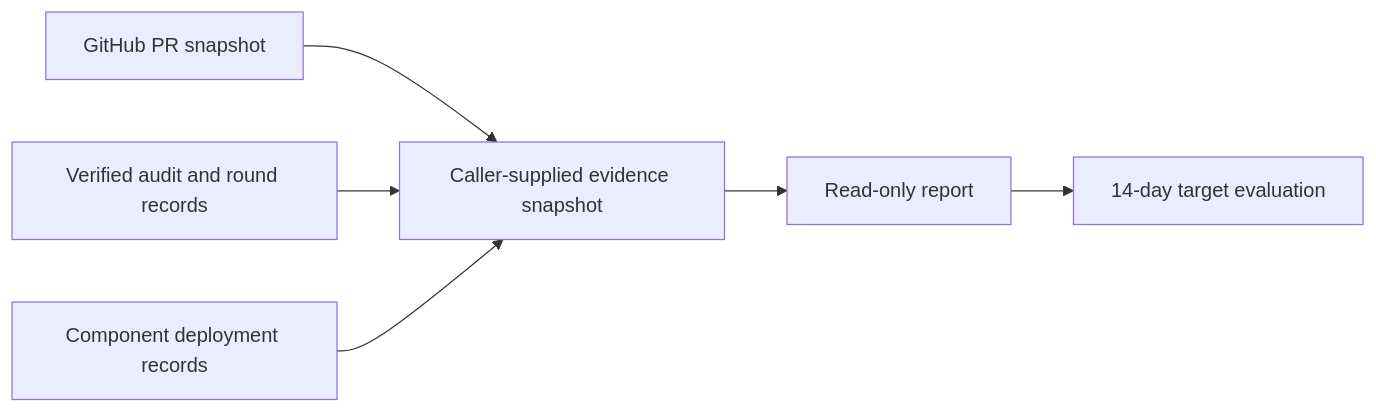
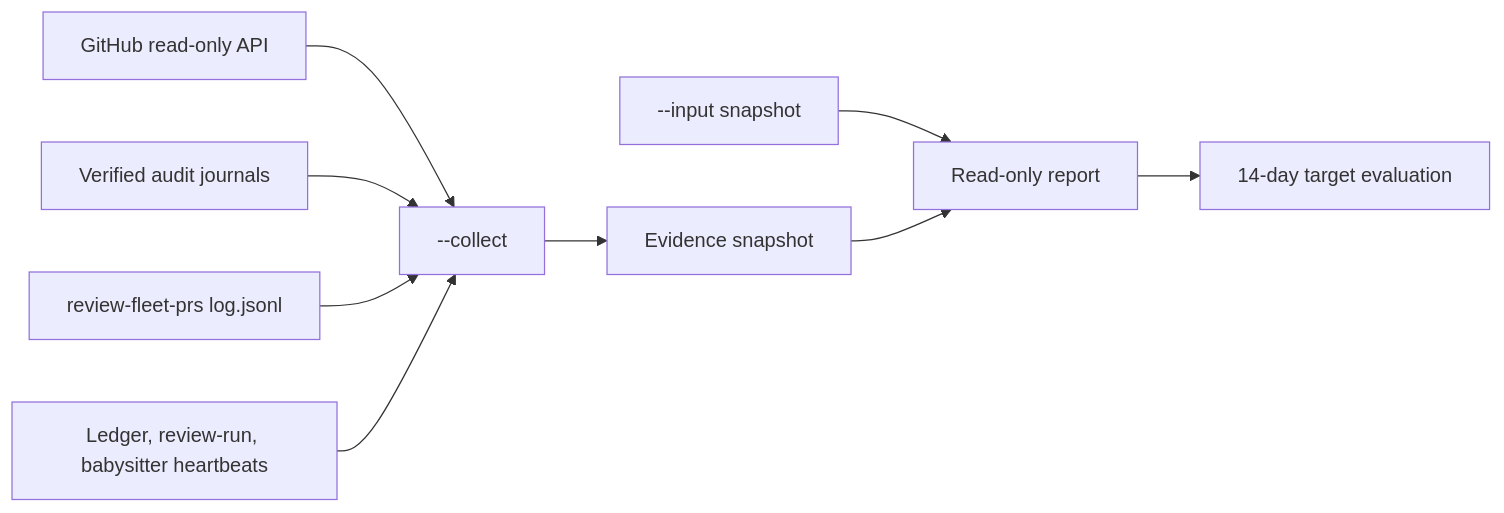
One commit to stSoftwareAU/VibeCoder changed the diagram in docs/archive/pr-summaries/pr-summary-4658.md. Above: the diagram before and after it, drawn with Mermaid. The commit also changed other lines of this file, not shown here.

First line of the commit message:
Fix push plumbing, strict GitHub keys, review-round seam; rewrite PR summary (#4658)

````diff
--- a/docs/archive/pr-summaries/pr-summary-4658.md
+++ b/docs/archive/pr-summaries/pr-summary-4658.md
@@ -55,8 +35,11 @@
 ```mermaid
 flowchart LR
-    G[GitHub PR snapshot] --> S[Caller-supplied evidence snapshot]
-    A[Verified audit and round records] --> S
-    H[Component deployment records] --> S
-    S --> R[Read-only report]
+    G[GitHub read-only API] --> C[--collect]
+    A[Verified audit journals] --> C
+    L[review-fleet-prs log.jsonl] --> C
+    H[Ledger, review-run, babysitter heartbeats] --> C
+    C --> S[Evidence snapshot]
+    I[--input snapshot] --> R[Read-only report]
+    S --> R
     R --> T[14-day target evaluation]
 ```
````
